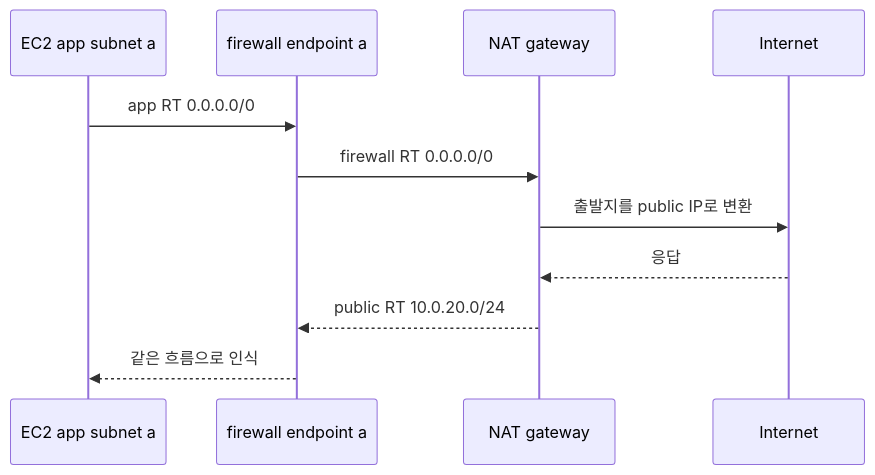
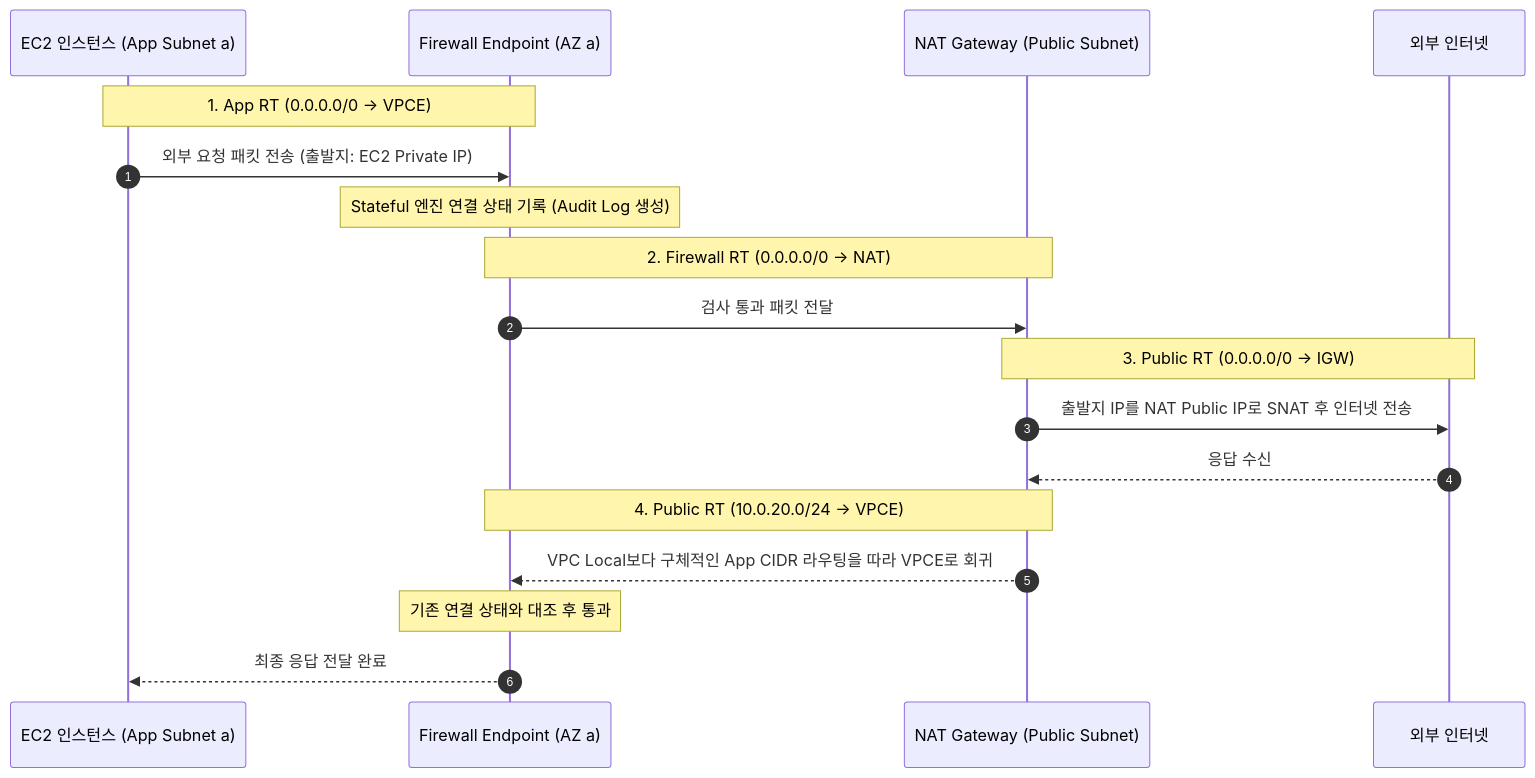
The second of 2 diagrams in aws/network-firewall/egress-filtering/docs/2-traffic-inspection.md (choisungwook/portfolio), drawn with Mermaid before and after one commit. The commit also changed other lines of this file and 9 other files, not shown here.

````diff
--- a/aws/network-firewall/egress-filtering/docs/2-traffic-inspection.md
+++ b/aws/network-firewall/egress-filtering/docs/2-traffic-inspection.md
@@ -157,13 +112,21 @@
 ```mermaid
 sequenceDiagram
-  participant EC2 as EC2 app subnet a
-  participant VPCE as firewall endpoint a
-  participant NAT as NAT gateway
-  participant NET as Internet
-  EC2->>VPCE: app RT 0.0.0.0/0
-  VPCE->>NAT: firewall RT 0.0.0.0/0
-  NAT->>NET: 출발지를 public IP로 변환
-  NET-->>NAT: 응답
-  NAT-->>VPCE: public RT 10.0.20.0/24
-  VPCE-->>EC2: 같은 흐름으로 인식
+  autonumber
+  participant EC2 as EC2 인스턴스 (App Subnet a)
+  participant VPCE as Firewall Endpoint (AZ a)
+  participant NAT as NAT Gateway (Public Subnet)
+  participant NET as 외부 인터넷
+
+  Note over EC2,VPCE: 1. App RT (0.0.0.0/0 -> VPCE)
+  EC2->>VPCE: 외부 요청 패킷 전송 (출발지: EC2 Private IP)
+  Note over VPCE: Stateful 엔진 연결 상태 기록 (Audit Log 생성)
+  Note over VPCE,NAT: 2. Firewall RT (0.0.0.0/0 -> NAT)
+  VPCE->>NAT: 검사 통과 패킷 전달
+  Note over NAT,NET: 3. Public RT (0.0.0.0/0 -> IGW)
+  NAT->>NET: 출발지 IP를 NAT Public IP로 SNAT 후 인터넷 전송
+  NET-->>NAT: 응답 수신
+  Note over NAT,VPCE: 4. Public RT (10.0.20.0/24 -> VPCE)
+  NAT-->>VPCE: VPC Local보다 구체적인 App CIDR 라우팅을 따라 VPCE로 회귀
+  Note over VPCE: 기존 연결 상태와 대조 후 통과
+  VPCE-->>EC2: 최종 응답 전달 완료
 ```
````
